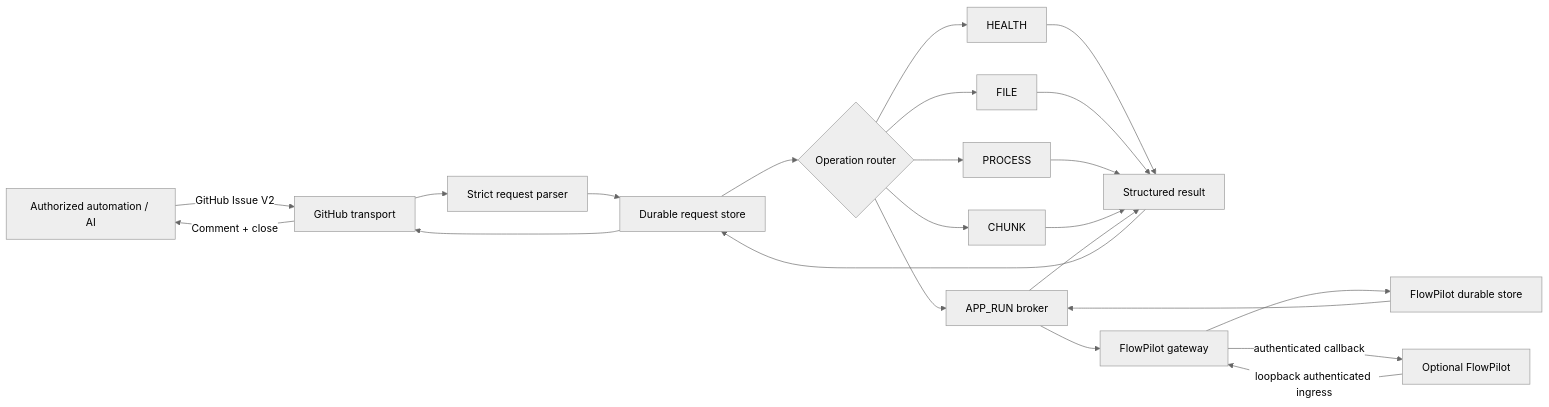
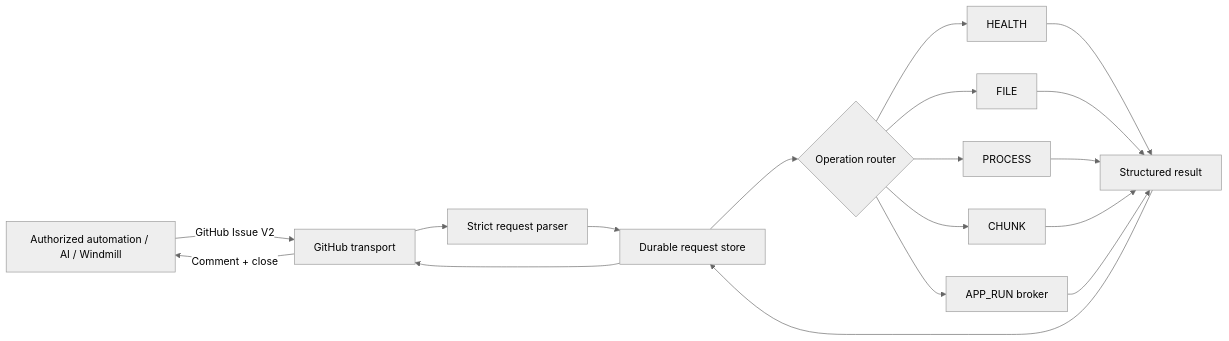
One commit to zbaksa/rbridge-public changed the diagram in docs/ARCHITECTURE.md. Above: the diagram before and after it, drawn with Mermaid (neutral theme). The commit also changed other lines of this file and 19 other files, not shown here.

````diff
--- a/docs/ARCHITECTURE.md
+++ b/docs/ARCHITECTURE.md
@@ -7,26 +7,21 @@
 ```mermaid
 flowchart LR
-    A[Authorized automation / AI] -->|GitHub Issue V2| G[GitHub transport]
+    A[Authorized automation / AI / Windmill] -->|GitHub Issue V2| G[GitHub transport]
     G --> P[Strict request parser]
     P --> S[Durable request store]
     S --> R{Operation router}
     R --> H[HEALTH]
     R --> F[FILE]
     R --> X[PROCESS]
     R --> C[CHUNK]
     R --> B[APP_RUN broker]
     H --> O[Structured result]
     F --> O
     X --> O
     C --> O
     B --> O
     O --> S
     S --> G
     G -->|Comment + close| A
 
-    FP[Optional FlowPilot] -->|loopback authenticated ingress| FG[FlowPilot gateway]
-    FG --> FS[FlowPilot durable store]
-    FS --> B
-    B --> FG
-    FG -->|authenticated callback| FP
 ```
````
